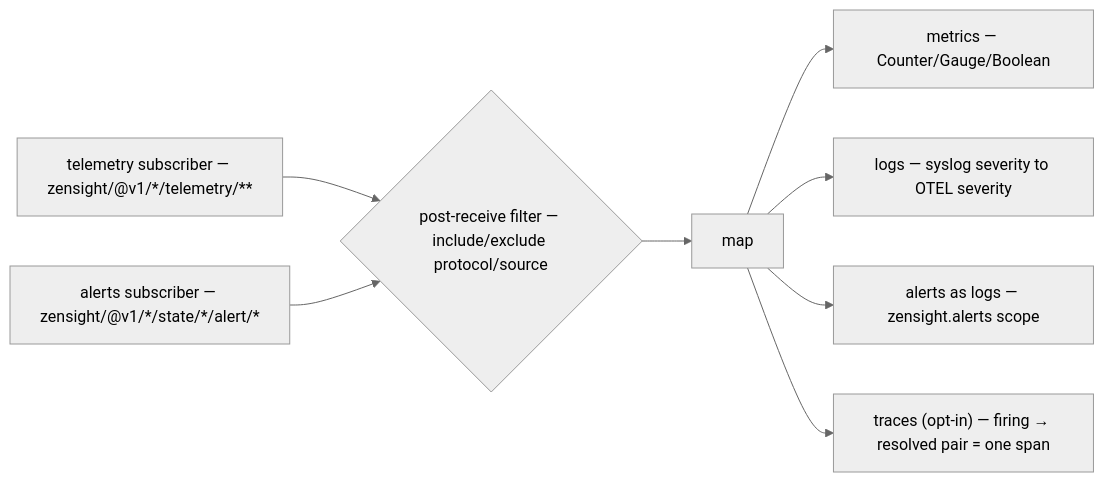
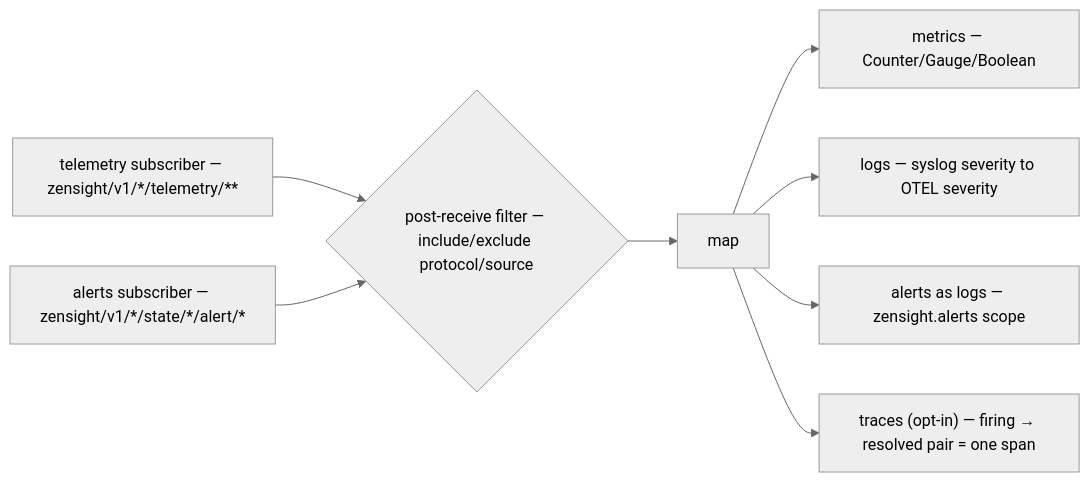
The diagram in zensight-exporter-otel/docs/reference.md (p13marc/zensight), drawn with Mermaid (neutral theme) before and after one commit. The commit also changed other lines of this file and 135 other files, not shown here.

````diff
--- a/zensight-exporter-otel/docs/reference.md
+++ b/zensight-exporter-otel/docs/reference.md
@@ -30,12 +30,12 @@
 ```mermaid
 flowchart LR
-    T["telemetry subscriber — zensight/@v1/*/telemetry/**"] --> Filt
-    Al["alerts subscriber — zensight/@v1/*/state/*/alert/*"] --> Filt
+    T["telemetry subscriber — zensight/v1/*/telemetry/**"] --> Filt
+    Al["alerts subscriber — zensight/v1/*/state/*/alert/*"] --> Filt
 
     Filt{"post-receive filter — include/exclude protocol/source"} --> Map["map"]
 
     Map --> Met["metrics — Counter/Gauge/Boolean"]
     Map --> Log["logs — syslog severity to OTEL severity"]
     Map --> AlLog["alerts as logs — zensight.alerts scope"]
     Map --> Tr["traces (opt-in) — firing → resolved pair = one span"]
 ```
````
